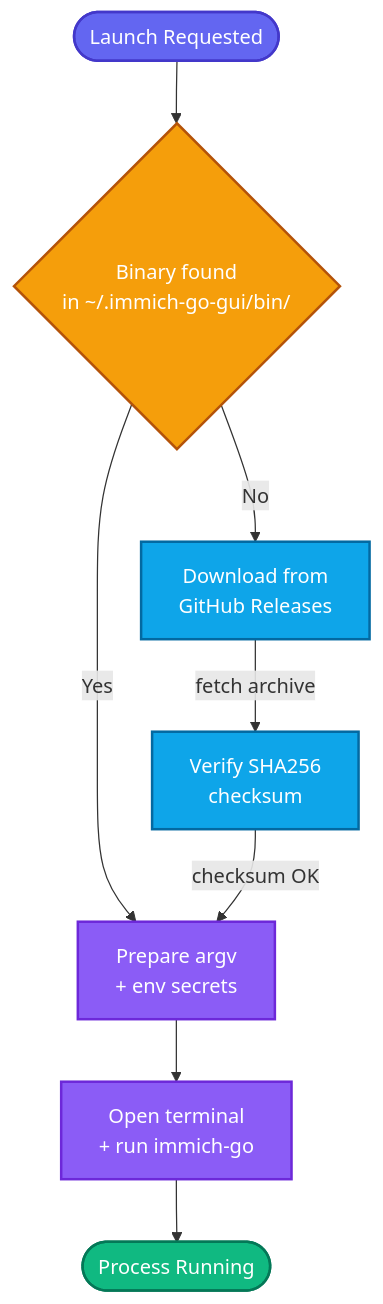
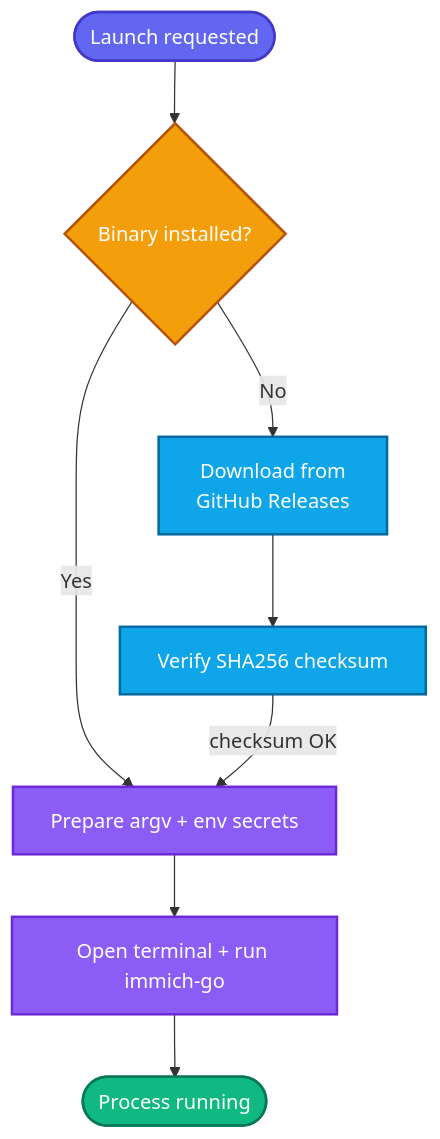
One commit to shitan198u/immich-go-gui changed the second of 2 diagrams in docs/user-guide/configuration.md. Above: the diagram before and after it, drawn with Mermaid. The commit also changed 3 other files, not shown here.

Commit message:
docs: update Mermaid diagrams across documentation files

````diff
--- a/docs/user-guide/configuration.md
+++ b/docs/user-guide/configuration.md
@@ -75,24 +75,24 @@
 ```mermaid
 flowchart TD
     classDef startEnd fill:#6366f1,stroke:#4338ca,color:#fff,stroke-width:2px
     classDef check fill:#f59e0b,stroke:#b45309,color:#fff,stroke-width:2px
     classDef download fill:#0ea5e9,stroke:#0369a1,color:#fff,stroke-width:2px
     classDef run fill:#8b5cf6,stroke:#6d28d9,color:#fff,stroke-width:2px
     classDef done fill:#10b981,stroke:#047857,color:#fff,stroke-width:2px
 
-    Start([Launch Requested]):::startEnd
-    Check{Binary found\nin ~/.immich-go-gui/bin/}:::check
-    Download[Download from\nGitHub Releases]:::download
-    Verify[Verify SHA256\nchecksum]:::download
-    Launch[Prepare argv\n+ env secrets]:::run
-    Execute[Open terminal\n+ run immich-go]:::run
-    Done([Process Running]):::done
+    Start([Launch requested]):::startEnd
+    Check{"Binary installed?"}:::check
+    Download[Download from<br/>GitHub Releases]:::download
+    Verify[Verify SHA256 checksum]:::download
+    Launch[Prepare argv + env secrets]:::run
+    Execute[Open terminal + run immich-go]:::run
+    Done([Process running]):::done
 
     Start --> Check
-    Check -- Yes --> Launch
-    Check -- No --> Download
-    Download -->|fetch archive| Verify
+    Check -->|Yes| Launch
+    Check -->|No| Download
+    Download --> Verify
     Verify -->|checksum OK| Launch
     Launch --> Execute
     Execute --> Done
 ```
````
